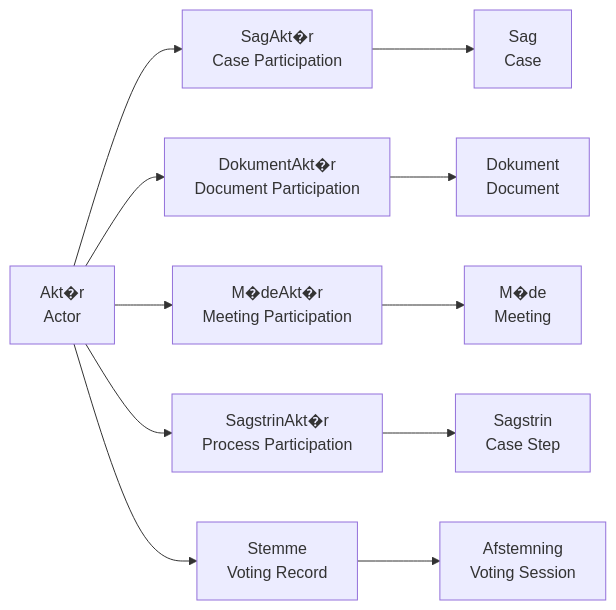
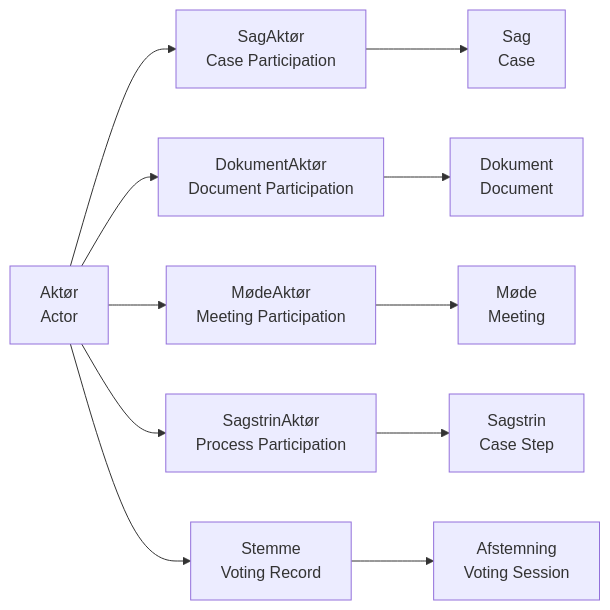
Before and after one commit to Brokk-Sindre/ft-oda-documentation: the second of 5 diagrams in docs/data-model/entity-relationships.md, drawn with Mermaid. The commit also changed other lines of this file and 33 other files, not shown here.

````diff
--- a/docs/data-model/entity-relationships.md
+++ b/docs/data-model/entity-relationships.md
@@ -87,14 +87,14 @@
 ```mermaid
 graph LR
-    A[Akt�r<br/>Actor] --> B[SagAkt�r<br/>Case Participation]
-    A --> C[DokumentAkt�r<br/>Document Participation]
-    A --> D[M�deAkt�r<br/>Meeting Participation]
-    A --> E[SagstrinAkt�r<br/>Process Participation]
+    A[Aktør<br/>Actor] --> B[SagAktør<br/>Case Participation]
+    A --> C[DokumentAktør<br/>Document Participation]
+    A --> D[MødeAktør<br/>Meeting Participation]
+    A --> E[SagstrinAktør<br/>Process Participation]
     A --> F[Stemme<br/>Voting Record]
     
     B --> G[Sag<br/>Case]
     C --> H[Dokument<br/>Document]
-    D --> I[M�de<br/>Meeting]
+    D --> I[Møde<br/>Meeting]
     E --> J[Sagstrin<br/>Case Step]
     F --> K[Afstemning<br/>Voting Session]
 ```
````
